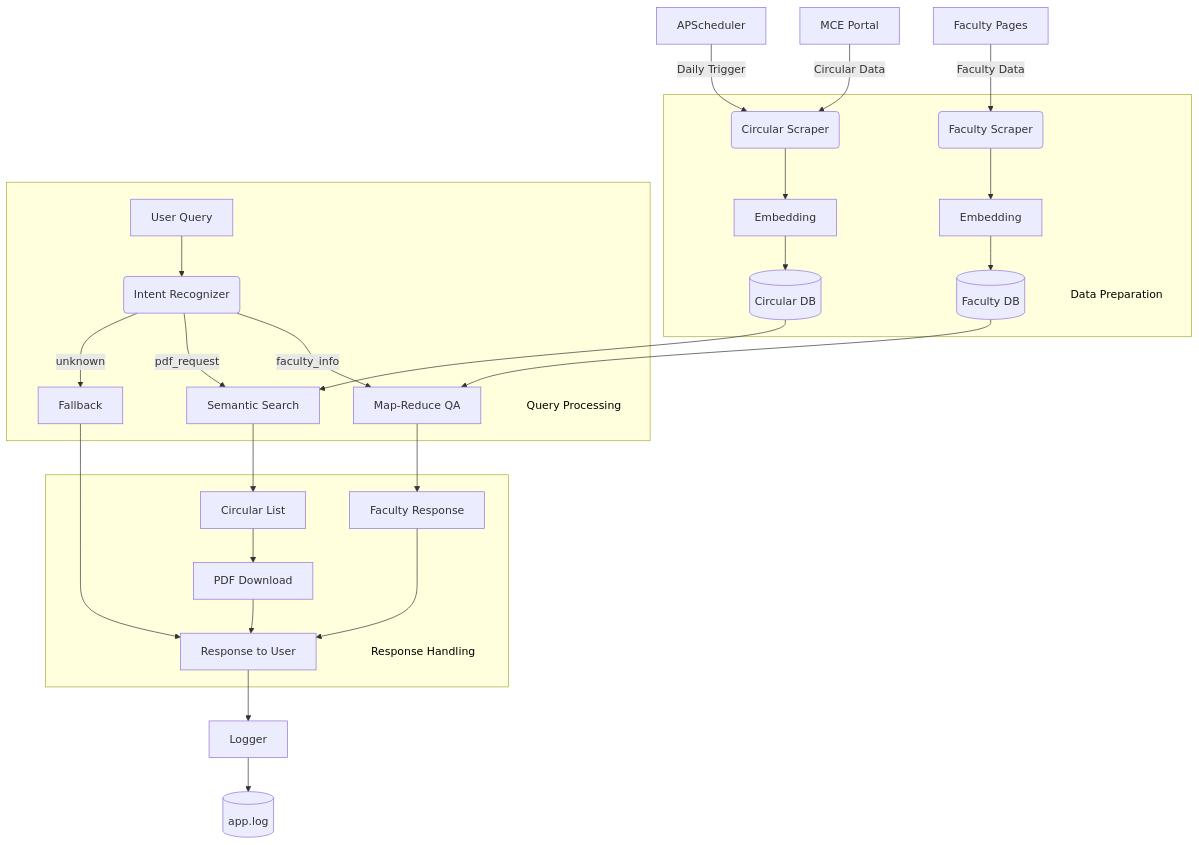
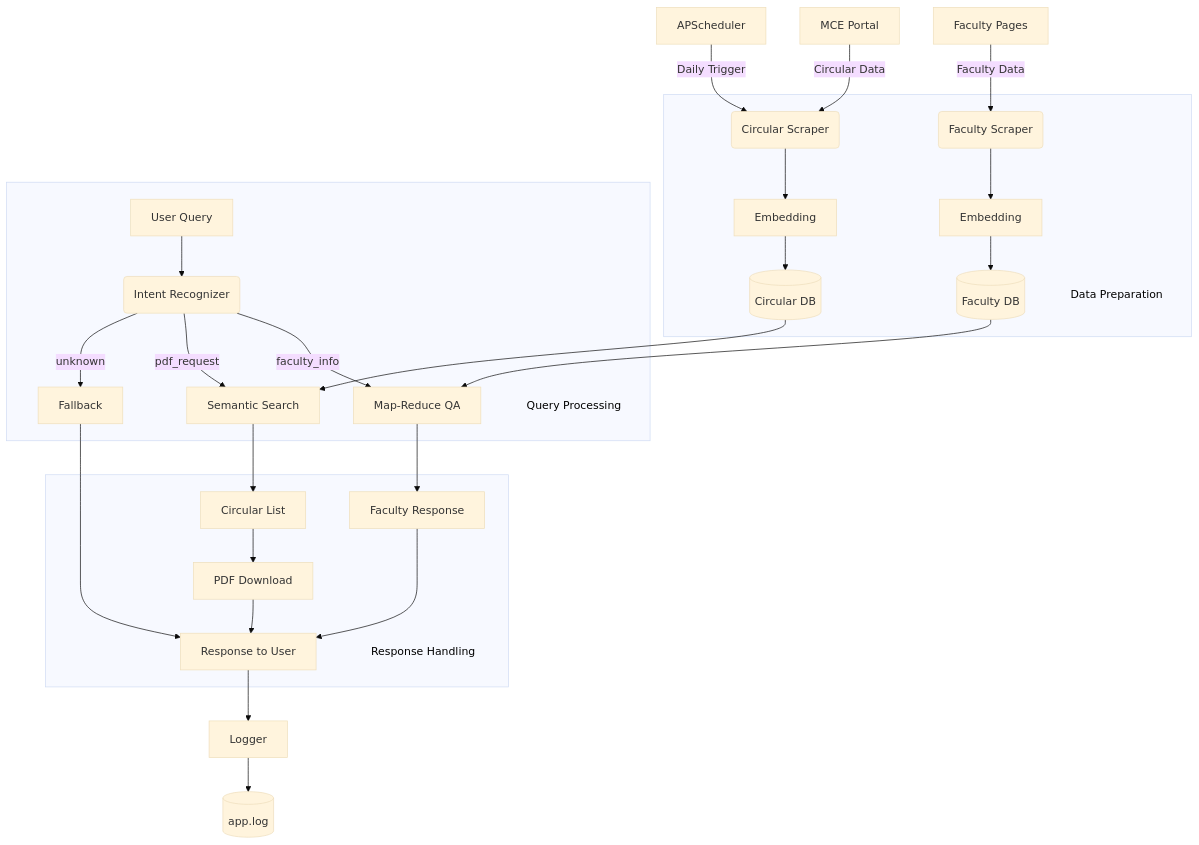
One commit to aappu-hp/NovaCite changed the diagram in README.md. Above: the diagram before and after it, drawn with Mermaid.

Commit message:
feat: Updated Architecture Diagram

````diff
--- a/README.md
+++ b/README.md
@@ -33,47 +33,47 @@
 ```mermaid
-%%{init: {'theme': 'default'}}%%
+%%{init:{'theme':'base','themeVariables':{'diagramBackground':'#ffffff'}}}%%
 graph TD
     %% ===== DATA SOURCES =====
     MCE[MCE Portal] -->|Circular Data| CS
     FAC[Faculty Pages] -->|Faculty Data| FS
 
     %% ===== DATA PREPARATION =====
     subgraph DP[" "]
         FS(Faculty Scraper) --> FE[Embedding]
         CS(Circular Scraper) --> CE[Embedding]
         FE --> FDB[(Faculty DB)]
         CE --> CDB[(Circular DB)]
         DP_Title>Data Preparation]:::title
     end
 
     %% ===== USER INTERACTION =====
     subgraph QP[" "]
         U[User Query] --> IR(Intent Recognizer)
         IR -->|faculty_info| QA[Map-Reduce QA]
         IR -->|pdf_request| SS[Semantic Search]
         IR -->|unknown| FB[Fallback]
         FDB --> QA
         CDB --> SS
         QP_Title>Query Processing]:::title
     end
 
     %% ===== RESPONSE GENERATION =====
     subgraph RH[" "]
         QA --> FR[Faculty Response]
         SS --> CL[Circular List]
         CL --> PD[PDF Download]
         FR & PD & FB --> R[Response to User]
         RH_Title>Response Handling]:::title
     end
 
     %% ===== LOGGING =====
     R --> L[Logger]
     L --> APP[(app.log)]
 
     %% ===== AUTOMATION =====
     AP[APScheduler] -->|Daily Trigger| CS
 
     %% ===== STYLING =====
     classDef title fill:transparent, stroke:transparent, color:black, width:0, height:0, text-align:left;
     class DP_Title,QP_Title,RH_Title title;
 ```
````
